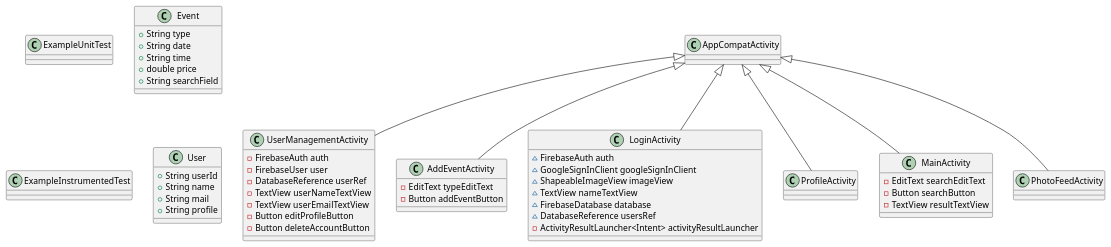
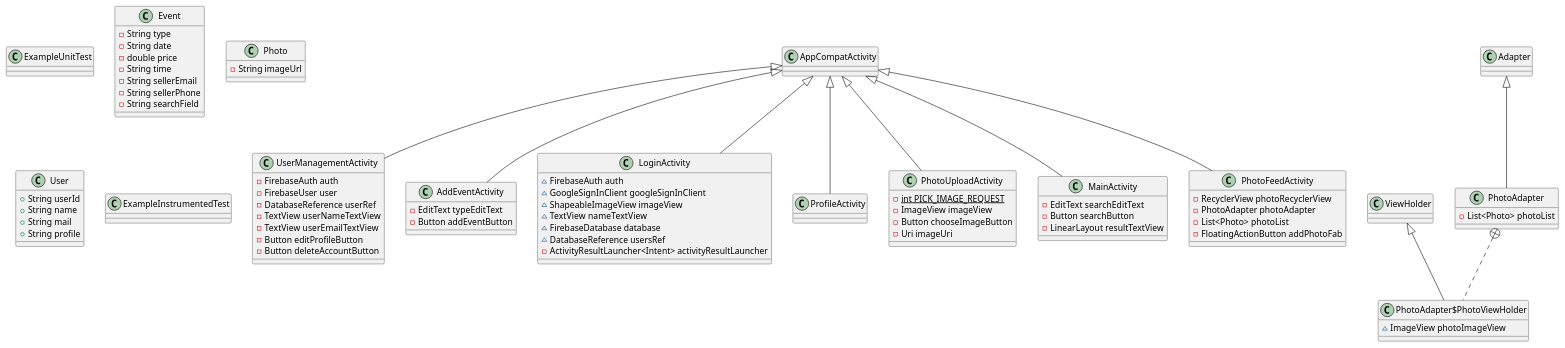
Before and after one commit to AdiZupnik/EventSphere: the diagram in UML.puml, drawn with PlantUML. The commit also changed 8 other files, not shown here.

```diff
--- a/UML.puml
+++ b/UML.puml
@@ -1,64 +1,94 @@
 @startuml
 class UserManagementActivity {
 - FirebaseAuth auth
 - FirebaseUser user
 - DatabaseReference userRef
 - TextView userNameTextView
 - TextView userEmailTextView
 - Button editProfileButton
 - Button deleteAccountButton
 }
 
+class ExampleUnitTest {
+}
 class AddEventActivity {
 - EditText typeEditText
 - Button addEventButton
 }
 
-class ExampleUnitTest {
-}
 class Event {
-+ String type
-+ String date
-+ String time
-+ double price
-+ String searchField
+- String type
+- String date
+- double price
+- String time
+- String sellerEmail
+- String sellerPhone
+- String searchField
 }
 
 class LoginActivity {
 ~ FirebaseAuth auth
 ~ GoogleSignInClient googleSignInClient
 ~ ShapeableImageView imageView
 ~ TextView nameTextView
 ~ FirebaseDatabase database
 ~ DatabaseReference usersRef
 - ActivityResultLauncher<Intent> activityResultLauncher
 }
 
-class ProfileActivity {
+class Photo {
+- String imageUrl
 }
-class ExampleInstrumentedTest {
-}
+
 class User {
 + String userId
 + String name
 + String mail
 + String profile
 }
 
+class ProfileActivity {
+}
+class PhotoUploadActivity {
+- {static} int PICK_IMAGE_REQUEST
+- ImageView imageView
+- Button chooseImageButton
+- Uri imageUri
+}
+
+class ExampleInstrumentedTest {
+}
 class MainActivity {
 - EditText searchEditText
 - Button searchButton
-- TextView resultTextView
+- LinearLayout resultTextView
 }
 
 class PhotoFeedActivity {
+- RecyclerView photoRecyclerView
+- PhotoAdapter photoAdapter
+- List<Photo> photoList
+- FloatingActionButton addPhotoFab
 }
+
+class PhotoAdapter {
+- List<Photo> photoList
+}
+
+class PhotoAdapter$PhotoViewHolder {
+~ ImageView photoImageView
+}
+
 
 
 AppCompatActivity <|-- UserManagementActivity
 AppCompatActivity <|-- AddEventActivity
 AppCompatActivity <|-- LoginActivity
 AppCompatActivity <|-- ProfileActivity
+AppCompatActivity <|-- PhotoUploadActivity
 AppCompatActivity <|-- MainActivity
 AppCompatActivity <|-- PhotoFeedActivity
+Adapter <|-- PhotoAdapter
+PhotoAdapter +.. PhotoAdapter$PhotoViewHolder
+ViewHolder <|-- PhotoAdapter$PhotoViewHolder
 @enduml
```
